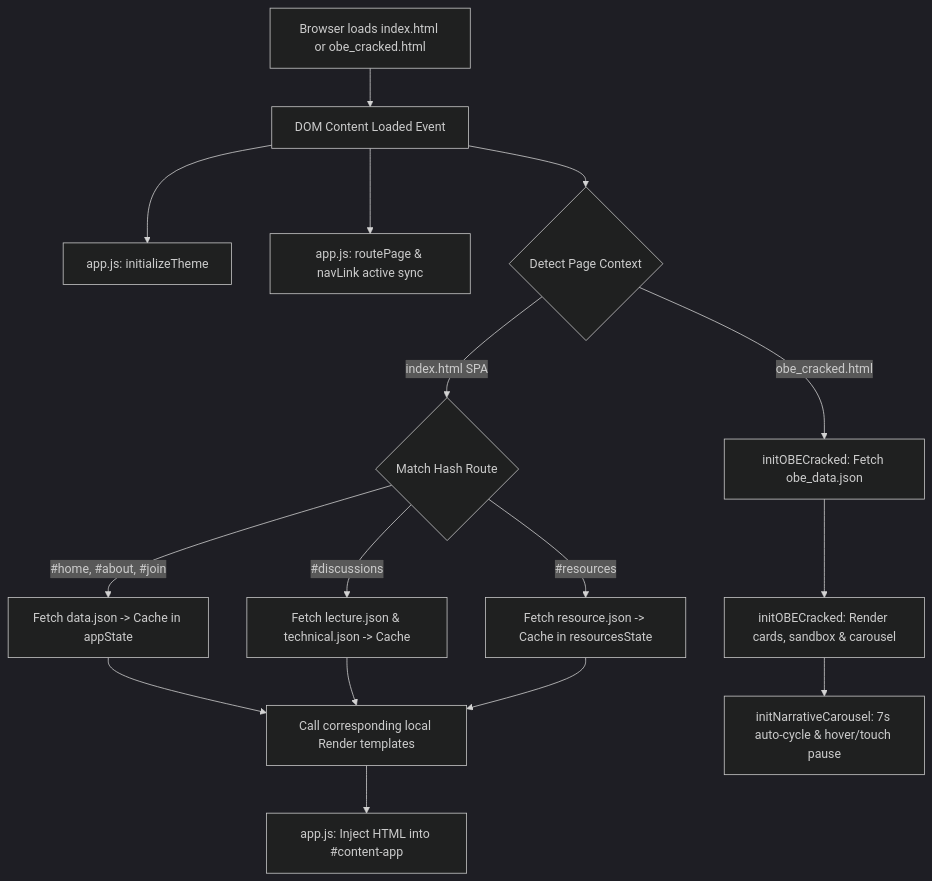
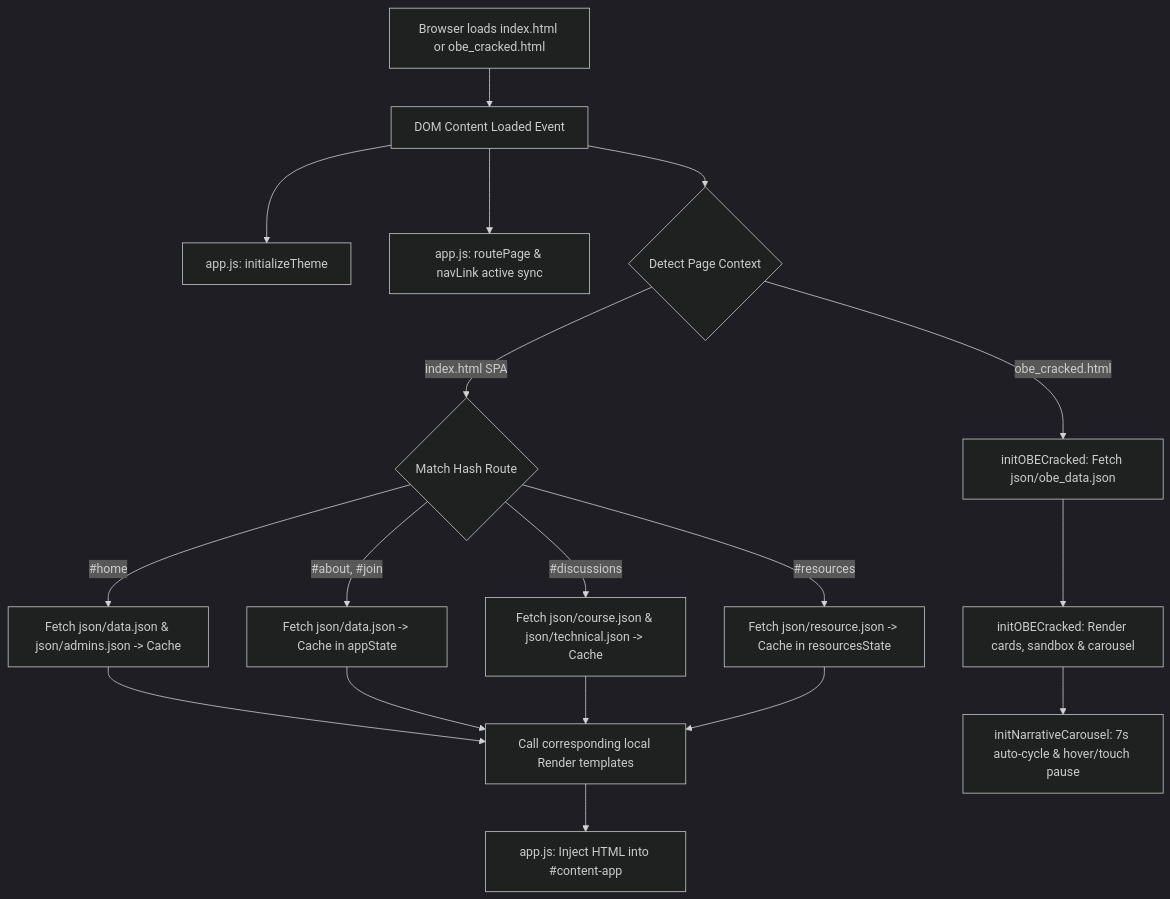
The diagram in documentation.md (oU1TS/course), drawn with Mermaid (dark theme) before and after one commit. The commit also changed other lines of this file and 11 other files, not shown here.

````diff
--- a/documentation.md
+++ b/documentation.md
@@ -81,18 +86,20 @@
 ```mermaid
 graph TD
     A[Browser loads index.html or obe_cracked.html] --> B[DOM Content Loaded Event]
     B --> C[app.js: initializeTheme]
     B --> D[app.js: routePage & navLink active sync]
     B --> E{Detect Page Context}
     E -->|index.html SPA| F{Match Hash Route}
-    E -->|obe_cracked.html| G[initOBECracked: Fetch obe_data.json]
-    F -->|#home, #about, #join| H[Fetch data.json -> Cache in appState]
-    F -->|#discussions| I[Fetch lecture.json & technical.json -> Cache]
-    F -->|#resources| J[Fetch resource.json -> Cache in resourcesState]
-    H --> K[Call corresponding local Render templates]
-    I --> K
-    J --> K
-    K --> L[app.js: Inject HTML into #content-app]
-    G --> M[initOBECracked: Render cards, sandbox & carousel]
-    M --> N[initNarrativeCarousel: 7s auto-cycle & hover/touch pause]
+    E -->|obe_cracked.html| G[initOBECracked: Fetch json/obe_data.json]
+    F -->|#home| H[Fetch json/data.json & json/admins.json -> Cache]
+    F -->|#about, #join| I[Fetch json/data.json -> Cache in appState]
+    F -->|#discussions| J[Fetch json/course.json & json/technical.json -> Cache]
+    F -->|#resources| K[Fetch json/resource.json -> Cache in resourcesState]
+    H --> L[Call corresponding local Render templates]
+    I --> L
+    J --> L
+    K --> L
+    L --> M[app.js: Inject HTML into #content-app]
+    G --> N[initOBECracked: Render cards, sandbox & carousel]
+    N --> O[initNarrativeCarousel: 7s auto-cycle & hover/touch pause]
 ```
````
